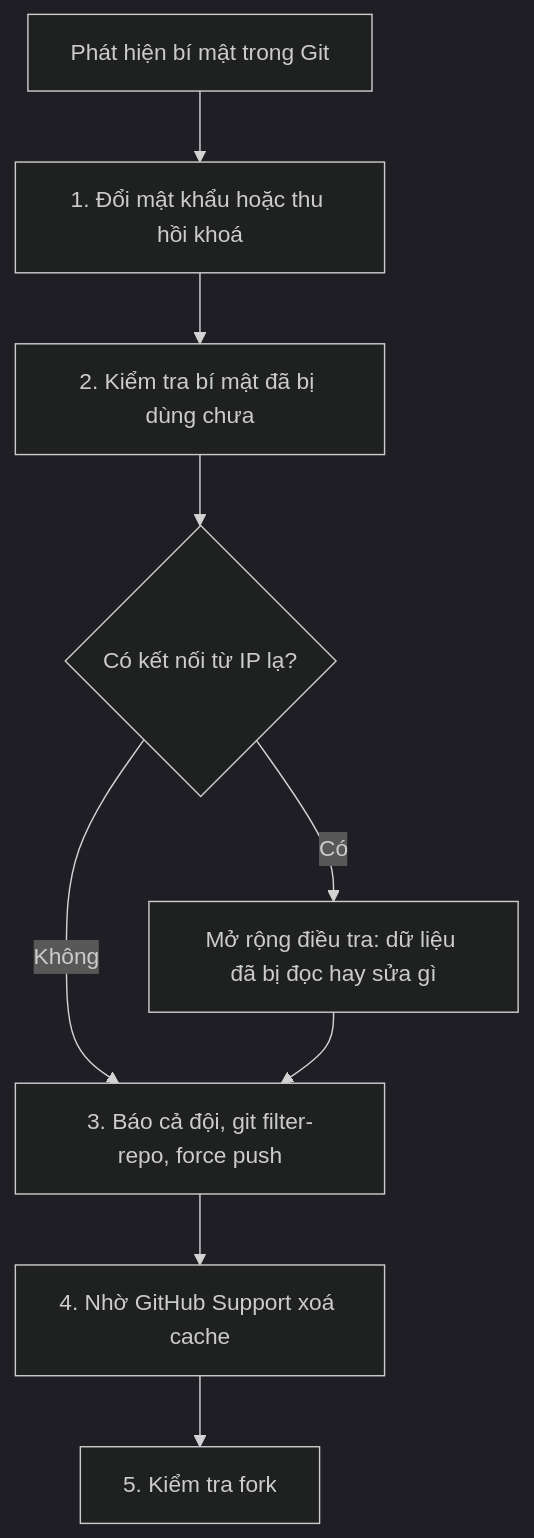
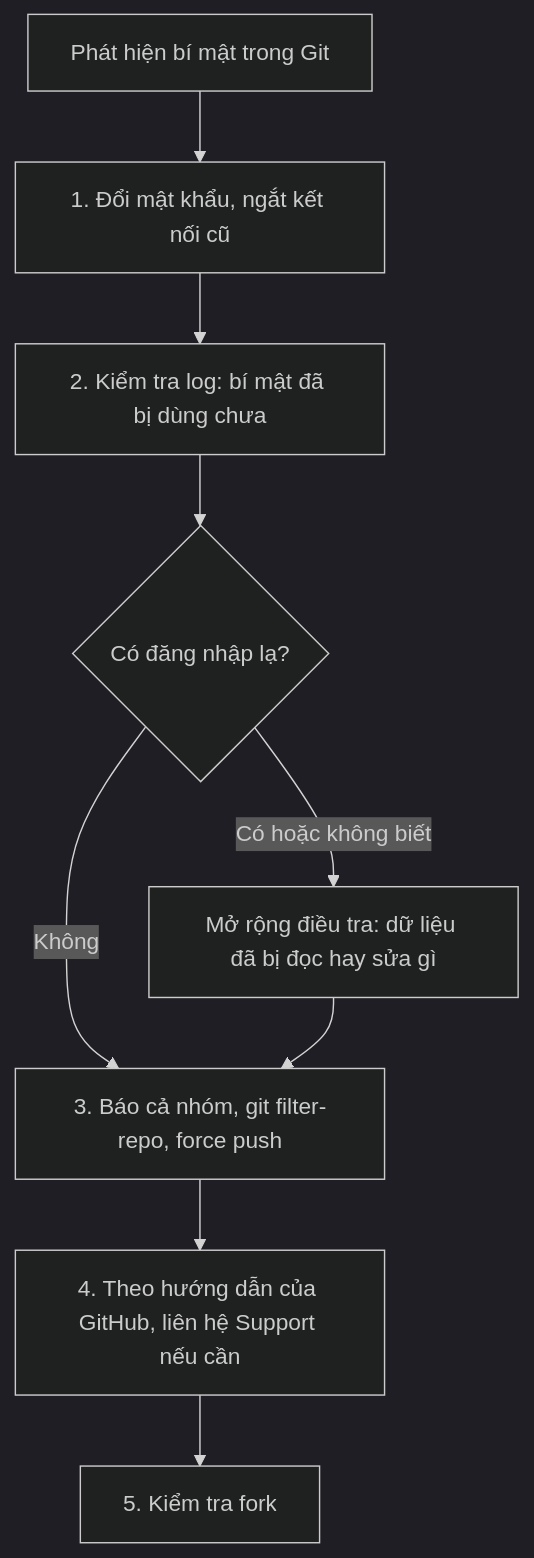
One commit to TienNHM/dotnet-course changed the diagram in lessons/stage-01-foundation/module-03-git-developer-workflow/3.12-mini-case-study.md. Above: the diagram before and after it, drawn with Mermaid (dark theme). The commit also changed other lines of this file and 44 other files, not shown here.

First line of the commit message:
fix: sửa nội dung giai đoạn 1 theo báo cáo review

````diff
--- a/lessons/stage-01-foundation/module-03-git-developer-workflow/3.12-mini-case-study.md
+++ b/lessons/stage-01-foundation/module-03-git-developer-workflow/3.12-mini-case-study.md
@@ -82,11 +176,11 @@
 ```mermaid
 flowchart TD
-    A["Phát hiện bí mật trong Git"] --> B["1. Đổi mật khẩu hoặc thu hồi khoá"]
-    B --> C["2. Kiểm tra bí mật đã bị dùng chưa"]
-    C --> D{"Có kết nối từ IP lạ?"}
-    D -->|Có| E["Mở rộng điều tra: dữ liệu đã bị đọc hay sửa gì"]
+    A["Phát hiện bí mật trong Git"] --> B["1. Đổi mật khẩu, ngắt kết nối cũ"]
+    B --> C["2. Kiểm tra log: bí mật đã bị dùng chưa"]
+    C --> D{"Có đăng nhập lạ?"}
+    D -->|Có hoặc không biết| E["Mở rộng điều tra: dữ liệu đã bị đọc hay sửa gì"]
     D -->|Không| F
-    E --> F["3. Báo cả đội, git filter-repo, force push"]
-    F --> G["4. Nhờ GitHub Support xoá cache"]
+    E --> F["3. Báo cả nhóm, git filter-repo, force push"]
+    F --> G["4. Theo hướng dẫn của GitHub, liên hệ Support nếu cần"]
     G --> H["5. Kiểm tra fork"]
 ```
````
